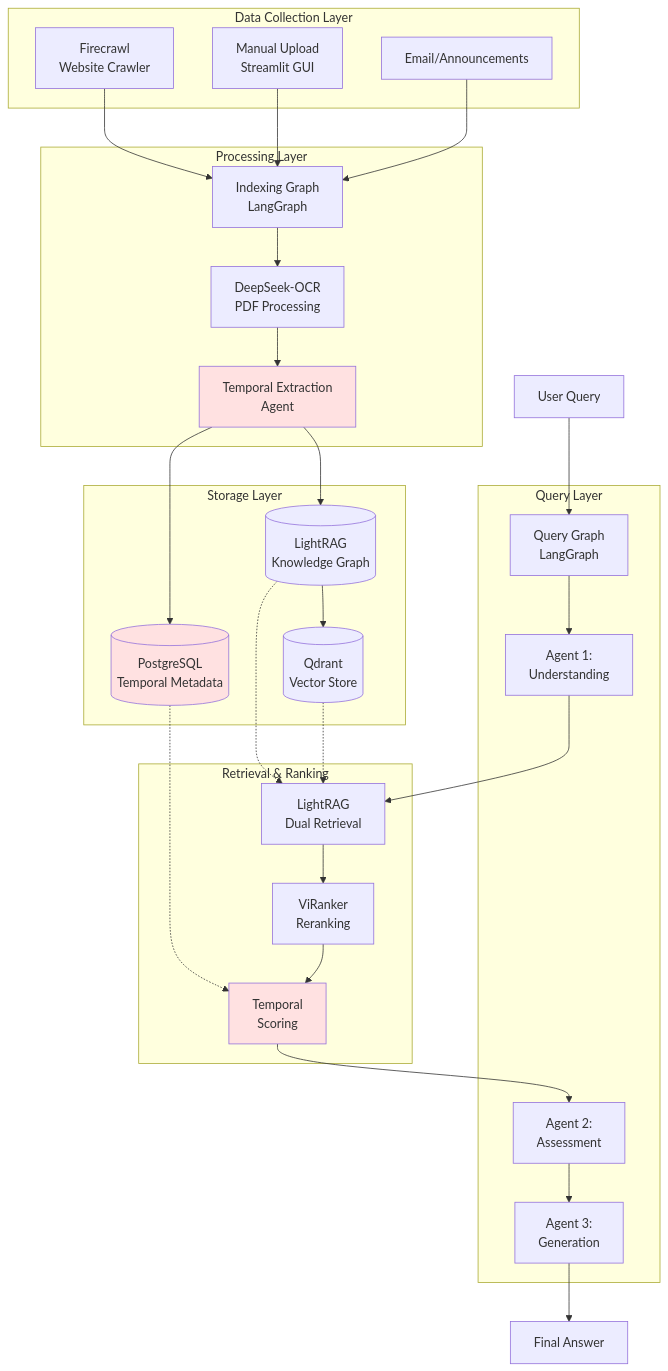
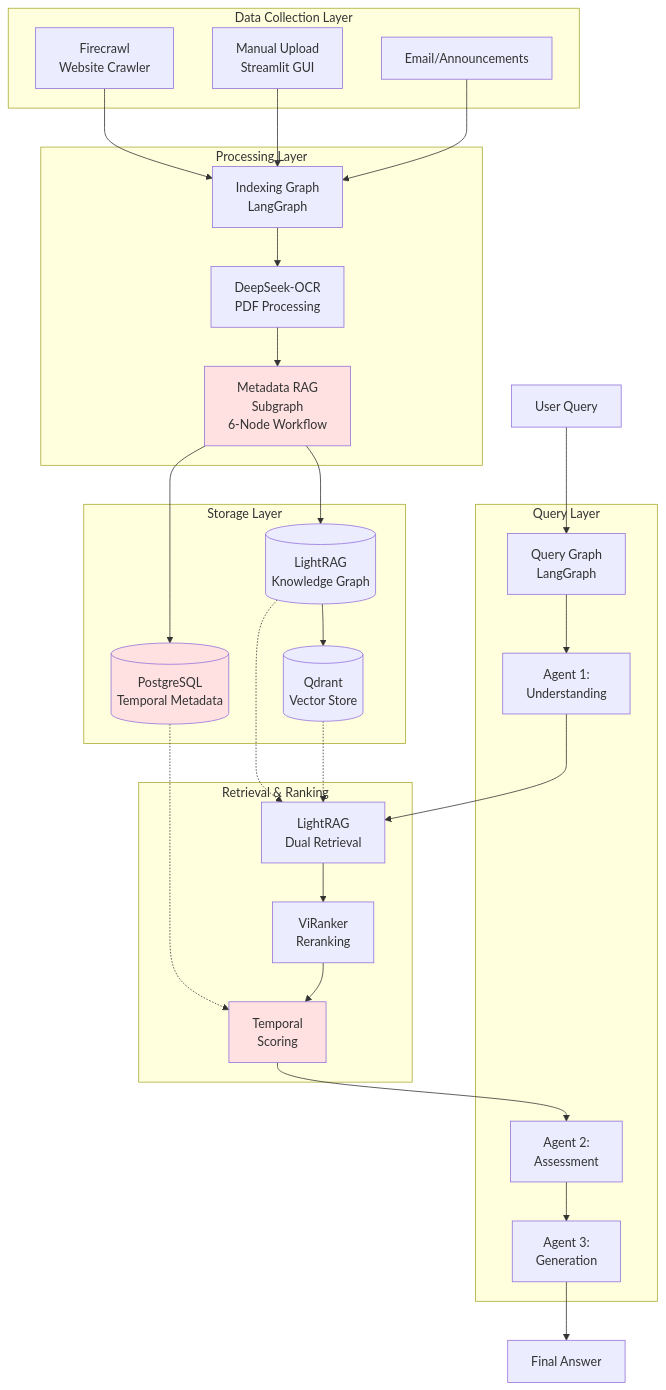
The fifth of 9 diagrams in docs/thesis/TECHNICAL_REPORT_COMPREHENSIVE.md (Jajajou/UIT_DOCS_AGENT), drawn with Mermaid before and after one commit. The commit also changed other lines of this file, not shown here.

````diff
--- a/docs/thesis/TECHNICAL_REPORT_COMPREHENSIVE.md
+++ b/docs/thesis/TECHNICAL_REPORT_COMPREHENSIVE.md
@@ -575,59 +608,59 @@
 ```mermaid
 graph TB
     subgraph "Data Collection Layer"
         A1[Firecrawl<br/>Website Crawler]
         A2[Manual Upload<br/>Streamlit GUI]
         A3[Email/Announcements]
     end
 
     subgraph "Processing Layer"
         B1[Indexing Graph<br/>LangGraph]
         B2[DeepSeek-OCR<br/>PDF Processing]
-        B3[Temporal Extraction<br/>Agent]
+        B3[Metadata RAG<br/>Subgraph<br/>6-Node Workflow]
     end
 
     subgraph "Storage Layer"
         C1[(LightRAG<br/>Knowledge Graph)]
         C2[(PostgreSQL<br/>Temporal Metadata)]
         C3[(Qdrant<br/>Vector Store)]
     end
 
     subgraph "Query Layer"
         D1[Query Graph<br/>LangGraph]
         D2[Agent 1:<br/>Understanding]
         D3[Agent 2:<br/>Assessment]
         D4[Agent 3:<br/>Generation]
     end
 
     subgraph "Retrieval & Ranking"
         E1[LightRAG<br/>Dual Retrieval]
         E2[ViRanker<br/>Reranking]
         E3[Temporal<br/>Scoring]
     end
 
     A1 --> B1
     A2 --> B1
     A3 --> B1
     B1 --> B2
     B2 --> B3
     B3 --> C1
     B3 --> C2
     C1 --> C3
 
     User[User Query] --> D1
     D1 --> D2
     D2 --> E1
     E1 --> E2
     E2 --> E3
     E3 --> D3
     D3 --> D4
     D4 --> Response[Final Answer]
 
     C1 -.-> E1
     C2 -.-> E3
     C3 -.-> E1
 
     style B3 fill:#ffe1e1
     style C2 fill:#ffe1e1
     style E3 fill:#ffe1e1
 ```
````
